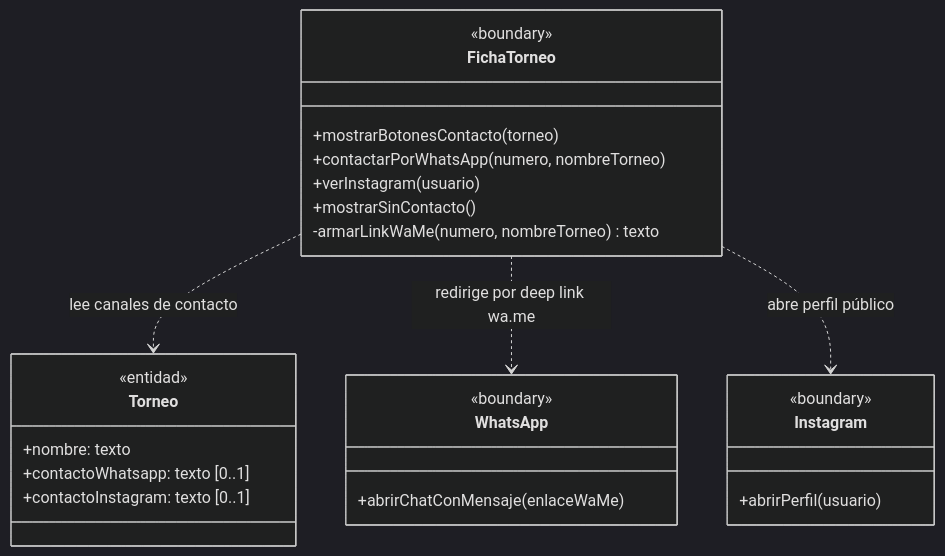
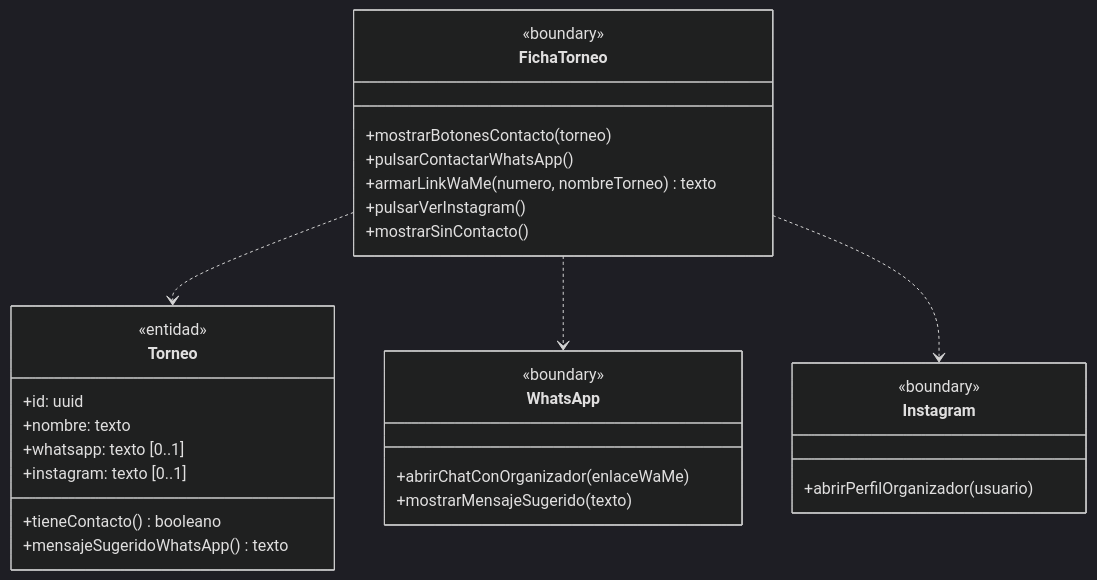
The fifth of 7 diagrams in docs/diagramas-de-clase/catalogo-de-torneos.md (nicqletal/torneos-scraper), drawn with Mermaid (dark theme) before and after one commit. The commit also changed other lines of this file and 13 other files, not shown here.

````diff
--- a/docs/diagramas-de-clase/catalogo-de-torneos.md
+++ b/docs/diagramas-de-clase/catalogo-de-torneos.md
@@ -363,29 +382,32 @@
 ```mermaid
 classDiagram
-direction TB
 class FichaTorneo {
   <<boundary>>
   +mostrarBotonesContacto(torneo)
-  +contactarPorWhatsApp(numero, nombreTorneo)
-  +verInstagram(usuario)
+  +pulsarContactarWhatsApp()
+  +armarLinkWaMe(numero, nombreTorneo) texto
+  +pulsarVerInstagram()
   +mostrarSinContacto()
-  -armarLinkWaMe(numero, nombreTorneo) texto
+}
+class WhatsApp {
+  <<boundary>>
+  +abrirChatConOrganizador(enlaceWaMe)
+  +mostrarMensajeSugerido(texto)
+}
+class Instagram {
+  <<boundary>>
+  +abrirPerfilOrganizador(usuario)
 }
 class Torneo {
   <<entidad>>
+  +id: uuid
   +nombre: texto
-  +contactoWhatsapp: texto [0..1]
-  +contactoInstagram: texto [0..1]
+  +whatsapp: texto [0..1]
+  +instagram: texto [0..1]
+  +tieneContacto() booleano
+  +mensajeSugeridoWhatsApp() texto
 }
-class WhatsApp {
-  <<boundary>>
-  +abrirChatConMensaje(enlaceWaMe)
-}
-class Instagram {
-  <<boundary>>
-  +abrirPerfil(usuario)
-}
-FichaTorneo ..> Torneo : lee canales de contacto
-FichaTorneo ..> WhatsApp : redirige por deep link wa.me
-FichaTorneo ..> Instagram : abre perfil público
+FichaTorneo ..> Torneo
+FichaTorneo ..> WhatsApp
+FichaTorneo ..> Instagram
 ```
````
